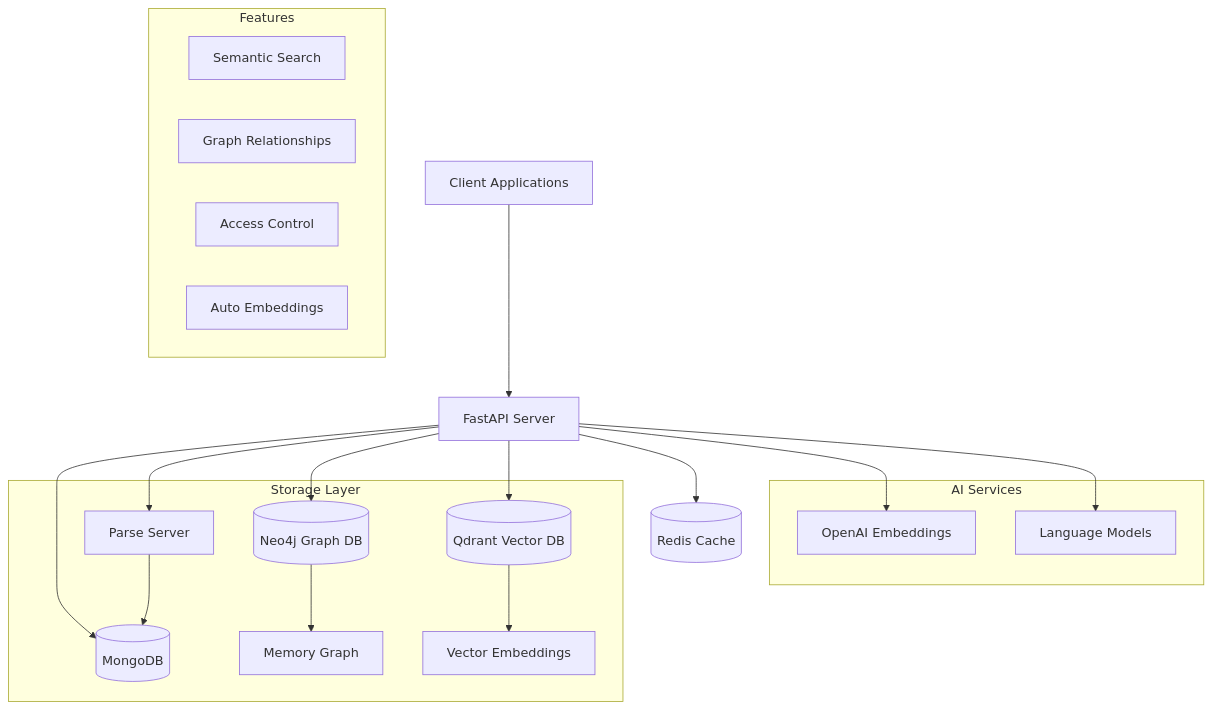
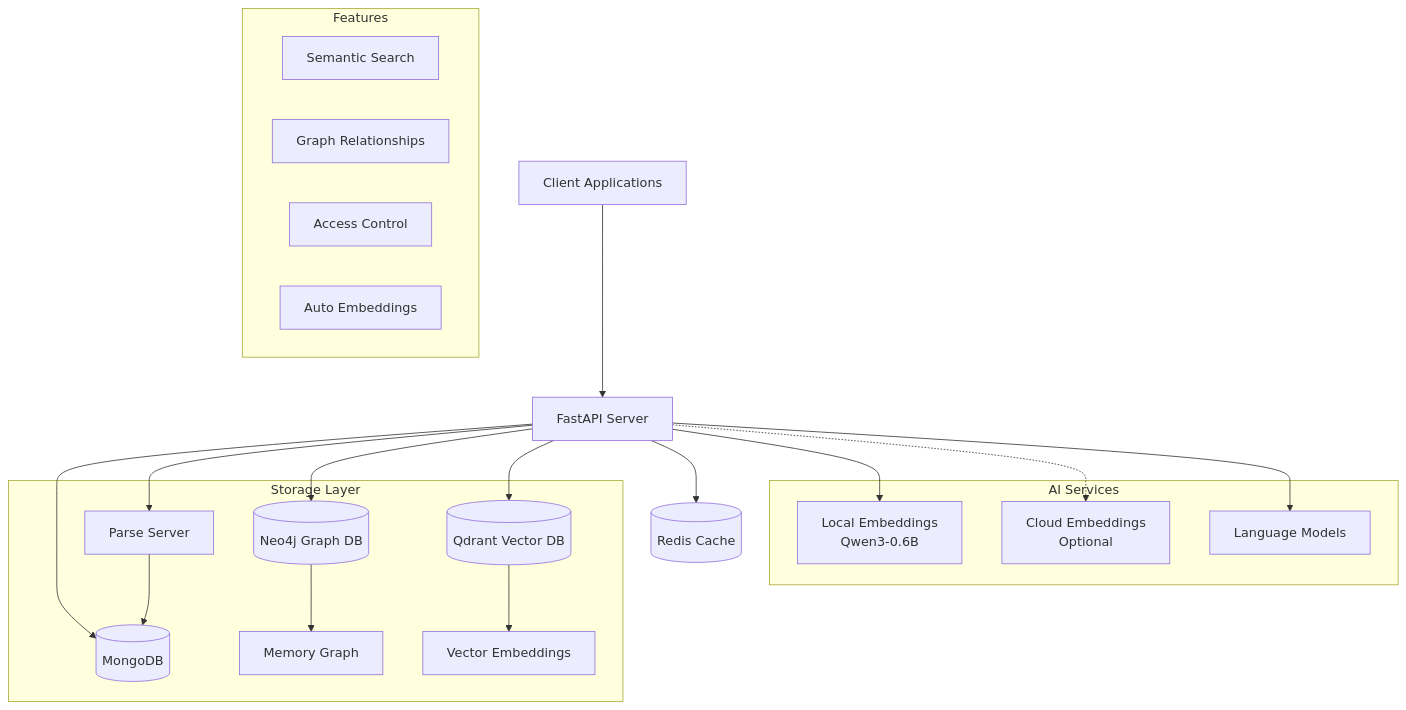
Before and after one commit to Papr-ai/memory-opensource: the diagram in README.md, drawn with Mermaid. The commit also changed other lines of this file and 55 other files, not shown here.

First line of the commit message:
feat: v0.3.0 Open Source Launch - Temporal, Memory Policies, Messages API

````diff
--- a/README.md
+++ b/README.md
@@ -31,30 +31,32 @@
 ```mermaid
 graph TB
     Client[Client Applications] --> API[FastAPI Server]
     API --> Parse[Parse Server]
     API --> Mongo[(MongoDB)]
     API --> Neo4j[(Neo4j Graph DB)]
     API --> Qdrant[(Qdrant Vector DB)]
     API --> Redis[(Redis Cache)]
 
     subgraph "AI Services"
-        OpenAI[OpenAI Embeddings]
+        LocalEmbed[Local Embeddings<br/>Qwen3-0.6B]
+        CloudEmbed[Cloud Embeddings<br/>Optional]
         LLM[Language Models]
     end
 
-    API --> OpenAI
+    API --> LocalEmbed
+    API -.-> CloudEmbed
     API --> LLM
 
     subgraph "Storage Layer"
         Parse --> Mongo
         Neo4j --> MemGraph[Memory Graph]
         Qdrant --> VectorStore[Vector Embeddings]
     end
 
     subgraph "Features"
         Search[Semantic Search]
         Graph[Graph Relationships]
         ACL[Access Control]
         Embed[Auto Embeddings]
     end
 ```
````
